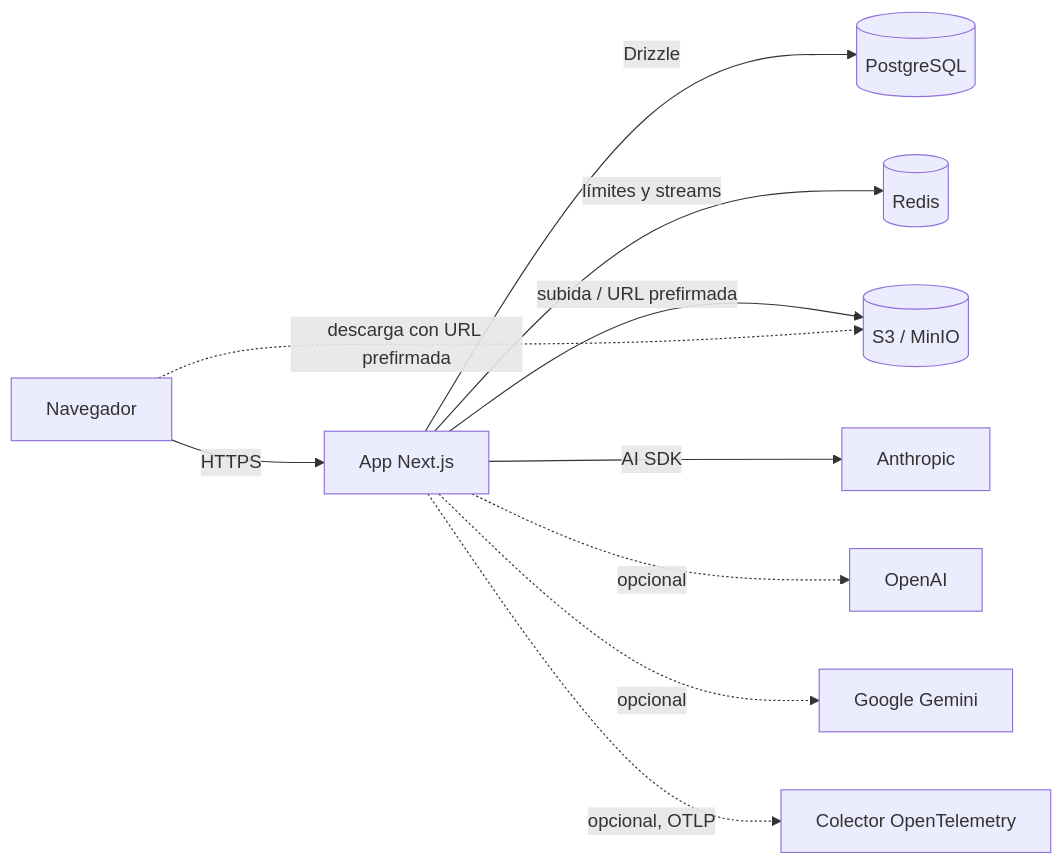
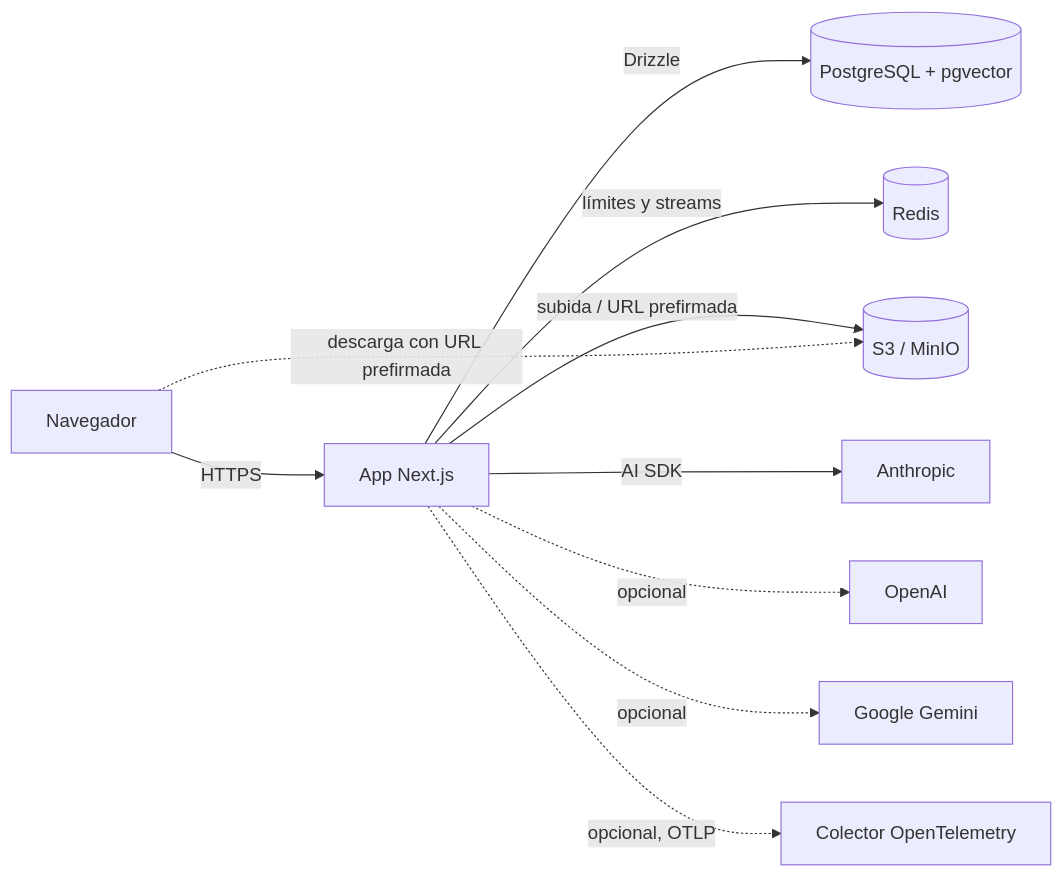
One commit to devcarmona18/nefroia changed the first of 3 diagrams in README.md. Above: the diagram before and after it, drawn with Mermaid. The commit also changed other lines of this file and 3 other files, not shown here.

First line of the commit message:
docs: arquitectura clínica, README es/en con diagramas de RAG, herramientas y guardarraíles, y variables de embeddings

````diff
--- a/README.md
+++ b/README.md
@@ -33,12 +42,12 @@
 ```mermaid
 flowchart LR
   U[Navegador] -->|HTTPS| A[App Next.js]
-  A -->|Drizzle| P[(PostgreSQL)]
+  A -->|Drizzle| P[(PostgreSQL + pgvector)]
   A -->|límites y streams| R[(Redis)]
   A -->|subida / URL prefirmada| S[(S3 / MinIO)]
   U -.->|descarga con URL prefirmada| S
   A -->|AI SDK| AN[Anthropic]
   A -.->|opcional| OA[OpenAI]
   A -.->|opcional| GG[Google Gemini]
   A -.->|opcional, OTLP| O[Colector OpenTelemetry]
 ```
````
